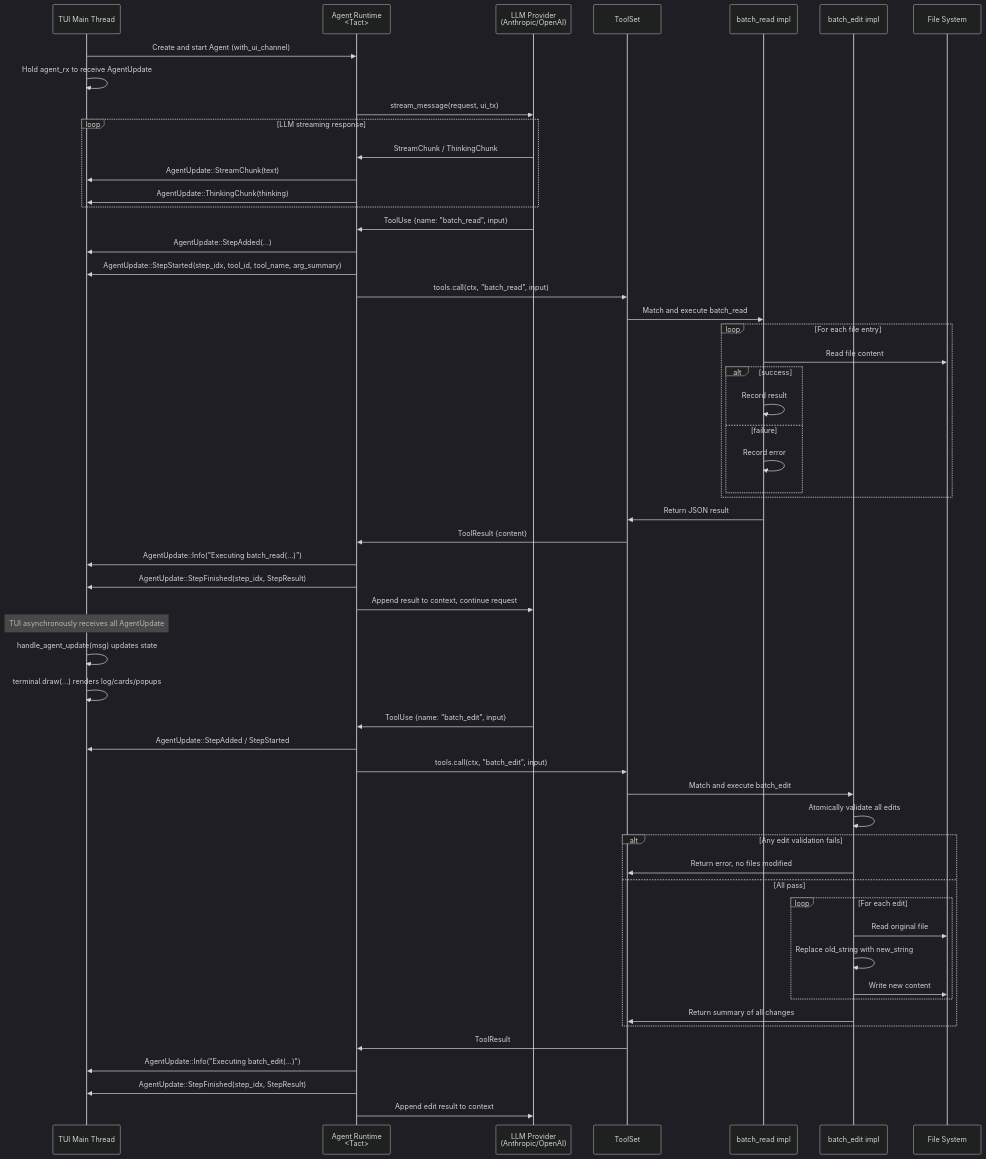
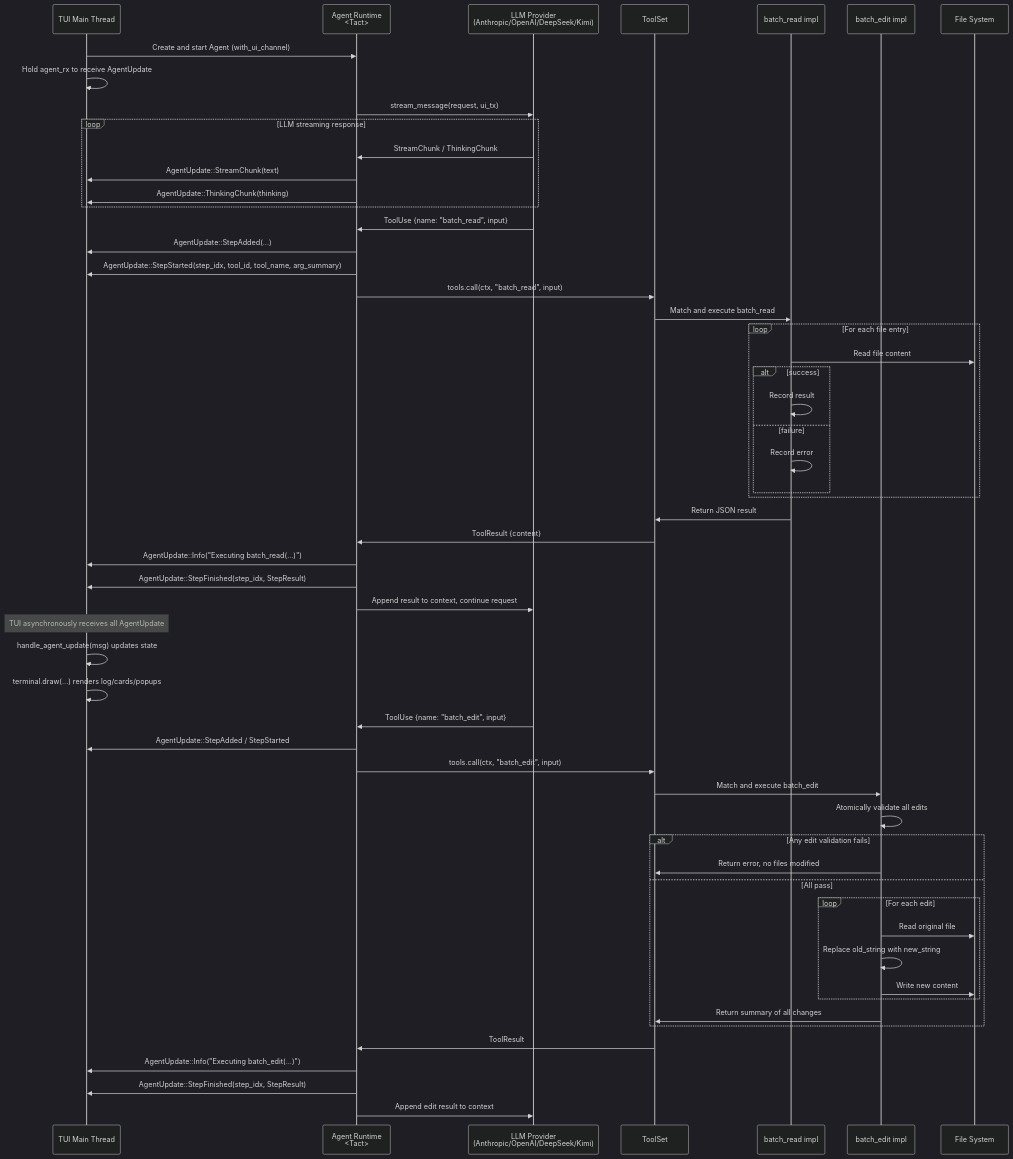
The first of 6 diagrams in docs/batch_tools_flow.md (rust-infra/tact), drawn with Mermaid (dark theme) before and after one commit. The commit also changed 7 other files, not shown here.

First line of the commit message:
docs: sync provider docs for DeepSeek and Kimi

````diff
--- a/docs/batch_tools_flow.md
+++ b/docs/batch_tools_flow.md
@@ -12,73 +12,73 @@
 ```mermaid
 sequenceDiagram
     participant TUI as TUI Main Thread
     participant Agent as Agent Runtime<br/><Tact>
-    participant LLM as LLM Provider<br/>(Anthropic/OpenAI)
+    participant LLM as LLM Provider<br/>(Anthropic/OpenAI/DeepSeek/Kimi)
     participant Toolset as ToolSet
     participant BatchRead as batch_read impl
     participant BatchEdit as batch_edit impl
     participant FS as File System
 
     TUI->>Agent: Create and start Agent (with_ui_channel)
     TUI->>TUI: Hold agent_rx to receive AgentUpdate
 
     Agent->>LLM: stream_message(request, ui_tx)
 
     loop LLM streaming response
         LLM->>Agent: StreamChunk / ThinkingChunk
         Agent->>TUI: AgentUpdate::StreamChunk(text)
         Agent->>TUI: AgentUpdate::ThinkingChunk(thinking)
     end
 
     LLM->>Agent: ToolUse {name: "batch_read", input}
     Agent->>TUI: AgentUpdate::StepAdded(...)
     Agent->>TUI: AgentUpdate::StepStarted(step_idx, tool_id, tool_name, arg_summary)
 
     Agent->>Toolset: tools.call(ctx, "batch_read", input)
     Toolset->>BatchRead: Match and execute batch_read
 
     loop For each file entry
         BatchRead->>FS: Read file content
         alt success
             BatchRead->>BatchRead: Record result
         else failure
             BatchRead->>BatchRead: Record error
         end
     end
 
     BatchRead->>Toolset: Return JSON result
     Toolset->>Agent: ToolResult {content}
 
     Agent->>TUI: AgentUpdate::Info("Executing batch_read(...)")
     Agent->>TUI: AgentUpdate::StepFinished(step_idx, StepResult)
 
     Agent->>LLM: Append result to context, continue request
 
     Note over TUI: TUI asynchronously receives all AgentUpdate
     TUI->>TUI: handle_agent_update(msg) updates state
     TUI->>TUI: terminal.draw(...) renders log/cards/popups
 
     LLM->>Agent: ToolUse {name: "batch_edit", input}
     Agent->>TUI: AgentUpdate::StepAdded / StepStarted
     Agent->>Toolset: tools.call(ctx, "batch_edit", input)
     Toolset->>BatchEdit: Match and execute batch_edit
 
     BatchEdit->>BatchEdit: Atomically validate all edits
 
     alt Any edit validation fails
         BatchEdit->>Toolset: Return error, no files modified
     else All pass
         loop For each edit
             BatchEdit->>FS: Read original file
             BatchEdit->>BatchEdit: Replace old_string with new_string
             BatchEdit->>FS: Write new content
         end
         BatchEdit->>Toolset: Return summary of all changes
     end
 
     Toolset->>Agent: ToolResult
     Agent->>TUI: AgentUpdate::Info("Executing batch_edit(...)")
     Agent->>TUI: AgentUpdate::StepFinished(step_idx, StepResult)
 
     Agent->>LLM: Append edit result to context
 ```
````
